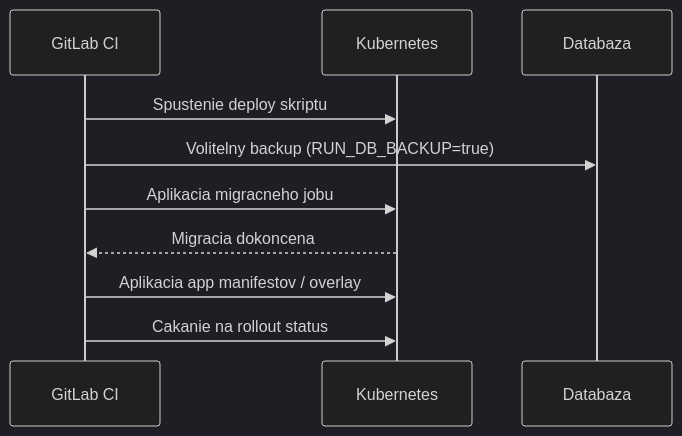
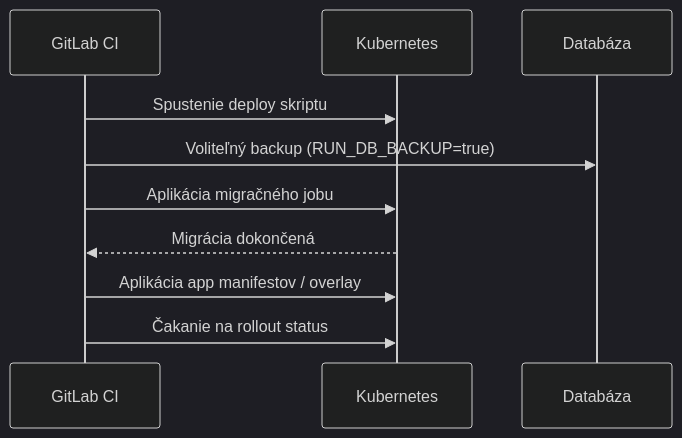
Before and after one commit to xsugra/cistafirma.sk: the second of 2 diagrams in docs/DEVOPS_CICD.md, drawn with Mermaid (dark theme). The commit also changed other lines of this file and 36 other files, not shown here.

````diff
--- a/docs/DEVOPS_CICD.md
+++ b/docs/DEVOPS_CICD.md
@@ -69,13 +72,13 @@
 ```mermaid
 sequenceDiagram
     participant CI as GitLab CI
     participant K8S as Kubernetes
-    participant DB as Databaza
+    participant DB as Databáza
 
     CI->>K8S: Spustenie deploy skriptu
-    CI->>DB: Volitelny backup (RUN_DB_BACKUP=true)
-    CI->>K8S: Aplikacia migracneho jobu
-    K8S-->>CI: Migracia dokoncena
-    CI->>K8S: Aplikacia app manifestov / overlay
-    CI->>K8S: Cakanie na rollout status
+    CI->>DB: Voliteľný backup (RUN_DB_BACKUP=true)
+    CI->>K8S: Aplikácia migračného jobu
+    K8S-->>CI: Migrácia dokončená
+    CI->>K8S: Aplikácia app manifestov / overlay
+    CI->>K8S: Čakanie na rollout status
 ```
````
